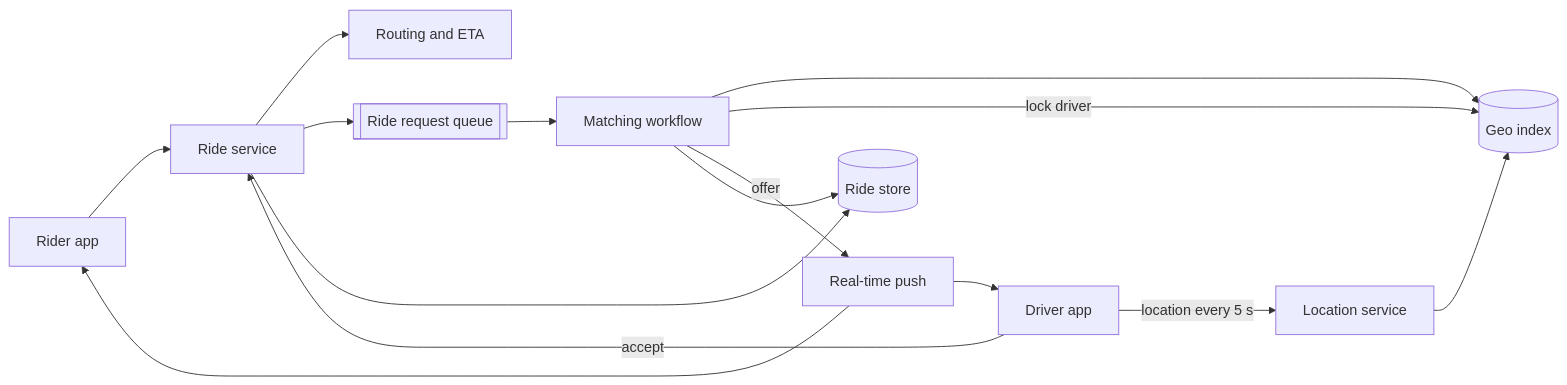
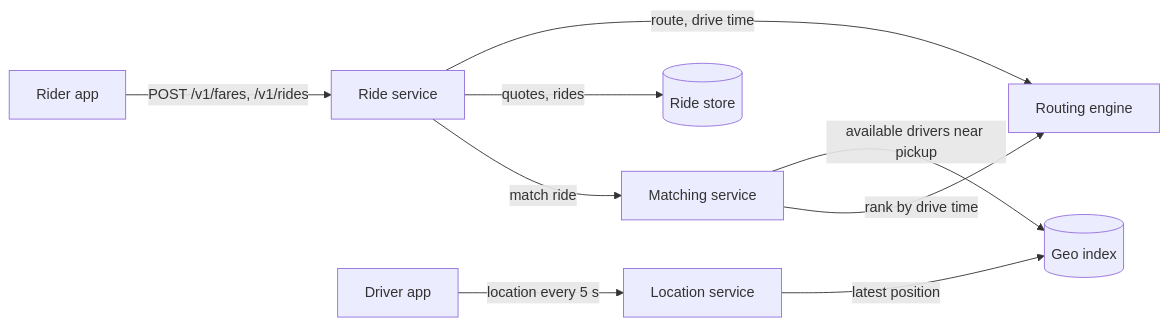
Before and after one commit to spabolu/system-design-modern: the second of 9 diagrams in docs/06-case-studies/ride-sharing.md, drawn with Mermaid. The commit also changed other lines of this file, not shown here.

Commit message:
Rewrite ride sharing case study as a mock interview

````diff
--- a/docs/06-case-studies/ride-sharing.md
+++ b/docs/06-case-studies/ride-sharing.md
@@ -69,17 +155,11 @@
 ```mermaid
 flowchart LR
-  R[Rider app] --> API[Ride service]
-  D[Driver app] -->|"location every 5 s"| LOC[Location service]
-  LOC --> GEO[(Geo index)]
-  API --> MAPS[Routing and ETA]
-  API --> Q[[Ride request queue]]
-  Q --> M[Matching workflow]
-  M --> GEO
-  M -->|"lock driver"| GEO
-  M -->|offer| RT[Real-time push]
-  RT --> D
-  D -->|accept| API
-  API --> DB[(Ride store)]
-  M --> DB
-  RT --> R
+  Rider[Rider app] -->|"POST /v1/fares, /v1/rides"| RS[Ride service]
+  RS -->|"route, drive time"| MAP[Routing engine]
+  RS -->|"quotes, rides"| DB[("Ride store")]
+  Driver[Driver app] -->|"location every 5 s"| LS[Location service]
+  LS -->|"latest position"| GEO[("Geo index")]
+  RS -->|"match ride"| MS[Matching service]
+  MS -->|"available drivers near pickup"| GEO
+  MS -->|"rank by drive time"| MAP
 ```
````
